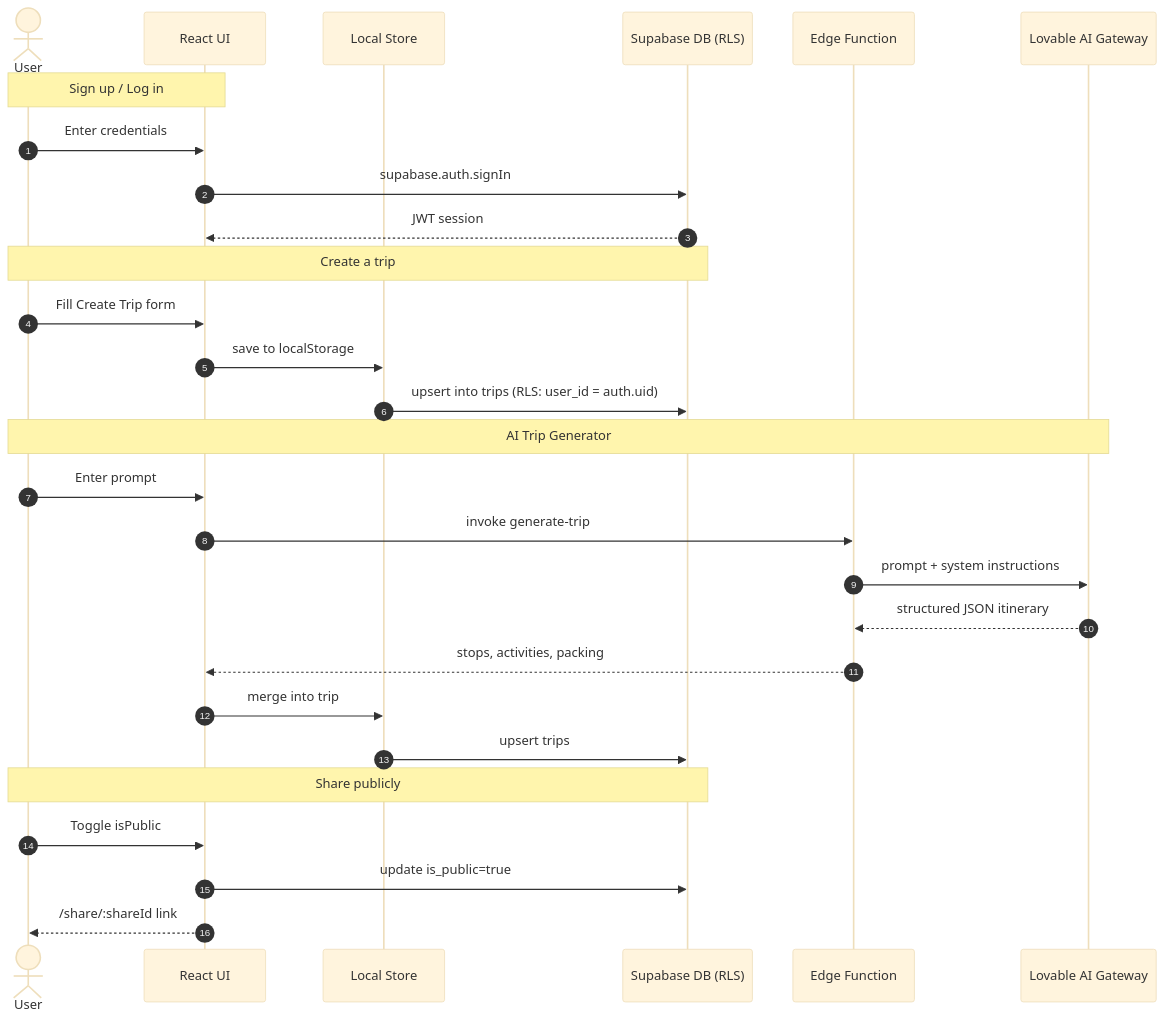
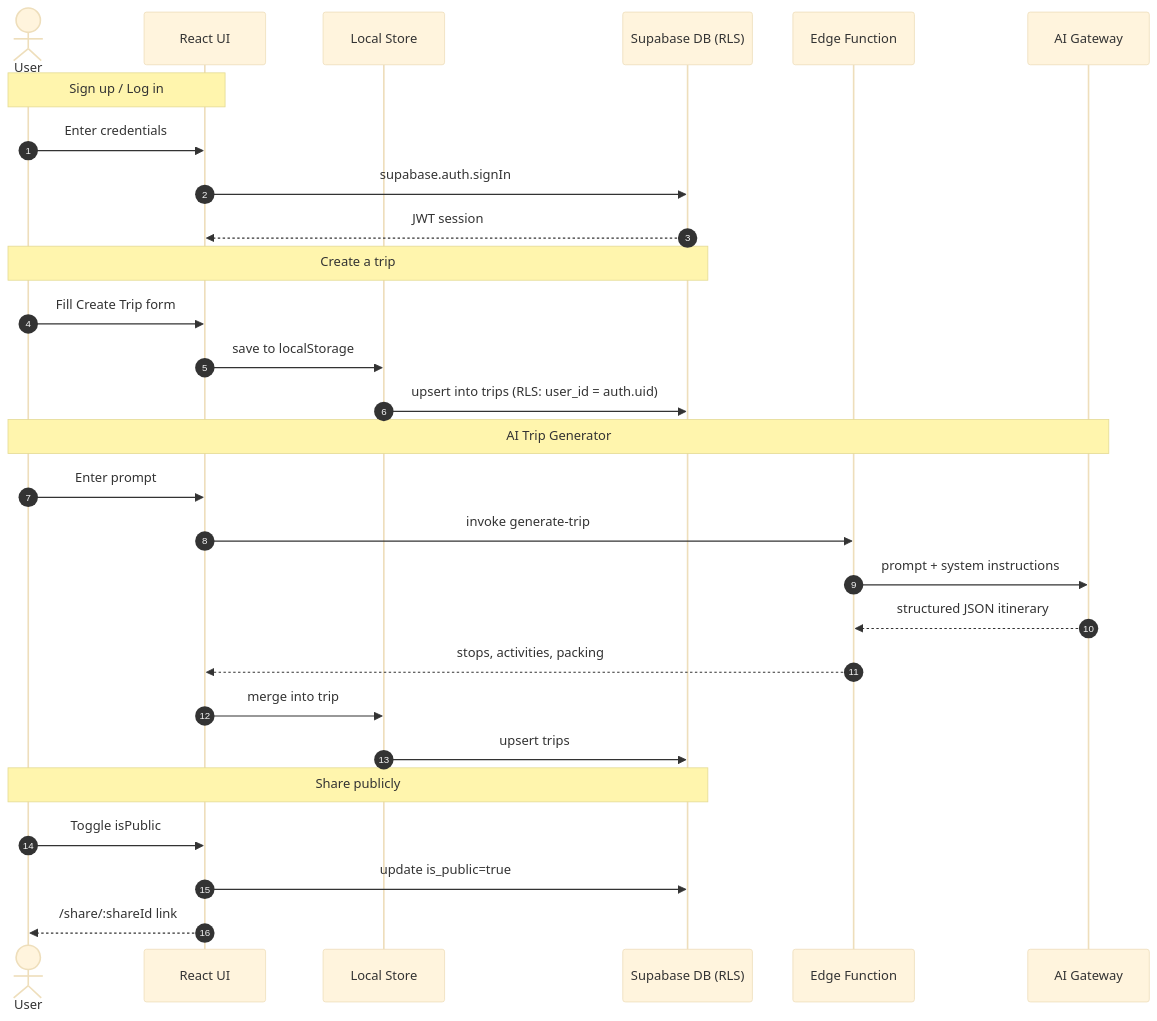
Before and after one commit to organicsmm/odddohackathon: the second of 2 diagrams in README.md, drawn with Mermaid (base theme). The commit also changed other lines of this file and 2 other files, not shown here.

````diff
--- a/README.md
+++ b/README.md
@@ -74,34 +166,34 @@
 ```mermaid
 sequenceDiagram
     autonumber
     actor U as User
     participant UI as React UI
     participant Store as Local Store
     participant DB as Supabase DB (RLS)
     participant Edge as Edge Function
-    participant AI as Lovable AI Gateway
+    participant AI as AI Gateway
 
     Note over U,UI: Sign up / Log in
     U->>UI: Enter credentials
     UI->>DB: supabase.auth.signIn
     DB-->>UI: JWT session
 
     Note over U,DB: Create a trip
     U->>UI: Fill Create Trip form
     UI->>Store: save to localStorage
     Store->>DB: upsert into trips (RLS: user_id = auth.uid)
 
     Note over U,AI: AI Trip Generator
     U->>UI: Enter prompt
     UI->>Edge: invoke generate-trip
     Edge->>AI: prompt + system instructions
     AI-->>Edge: structured JSON itinerary
     Edge-->>UI: stops, activities, packing
     UI->>Store: merge into trip
     Store->>DB: upsert trips
 
     Note over U,DB: Share publicly
     U->>UI: Toggle isPublic
     UI->>DB: update is_public=true
     UI-->>U: /share/:shareId link
 ```
````
